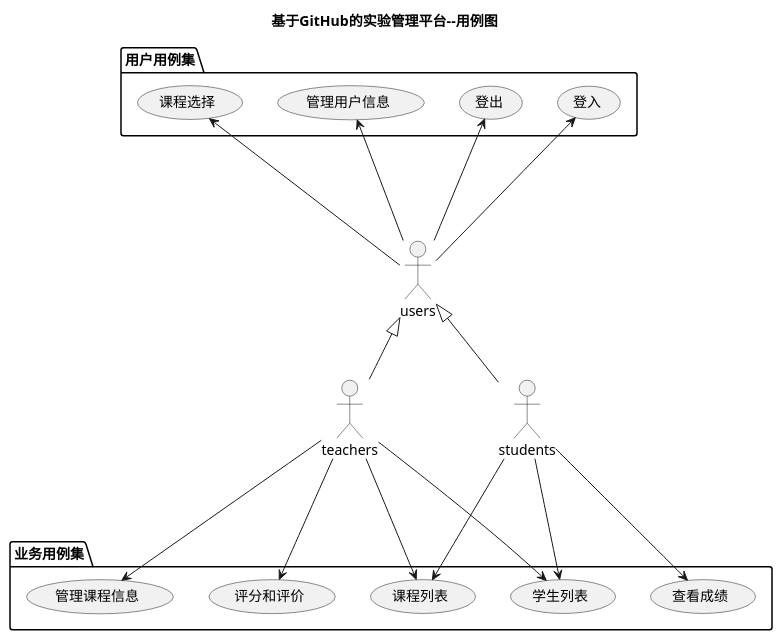
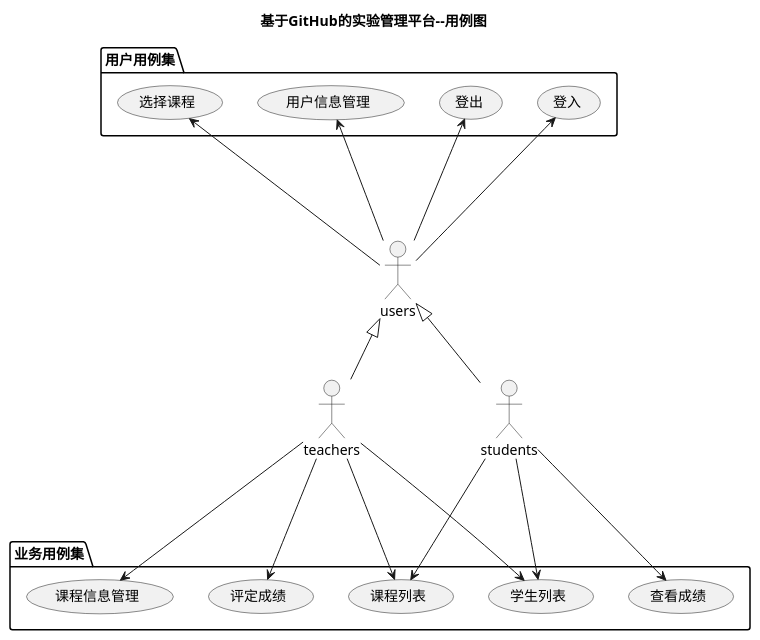
The diagram in test6/src/uml3.all.puml (vividWHW/is_analysis), drawn with PlantUML before and after one commit.

```diff
--- a/test6/src/uml3.all.puml
+++ b/test6/src/uml3.all.puml
@@ -1,25 +1,25 @@
 @startuml
 title 基于GitHub的实验管理平台--用例图
 actor teachers
 actor students
 actor users
 users <|-- teachers
 users <|-- students
 
 package 用户用例集 {
 users --up-> (登入)
 users --up-> (登出)
-users --up-> (管理用户信息)
-users --up-> (课程选择)
+users --up-> (用户信息管理)
+users --up-> (选择课程)
 }
 package 业务用例集 {
-teachers ---> (评分和评价)
+teachers ---> (评定成绩)
 teachers ---> (学生列表)
 teachers ---> (课程列表)
-teachers ---> (管理课程信息)
+teachers ---> (课程信息管理)
 students ---> (学生列表)
 students ---> (查看成绩)
 students ---> (课程列表)
 }
 
 @enduml
```
